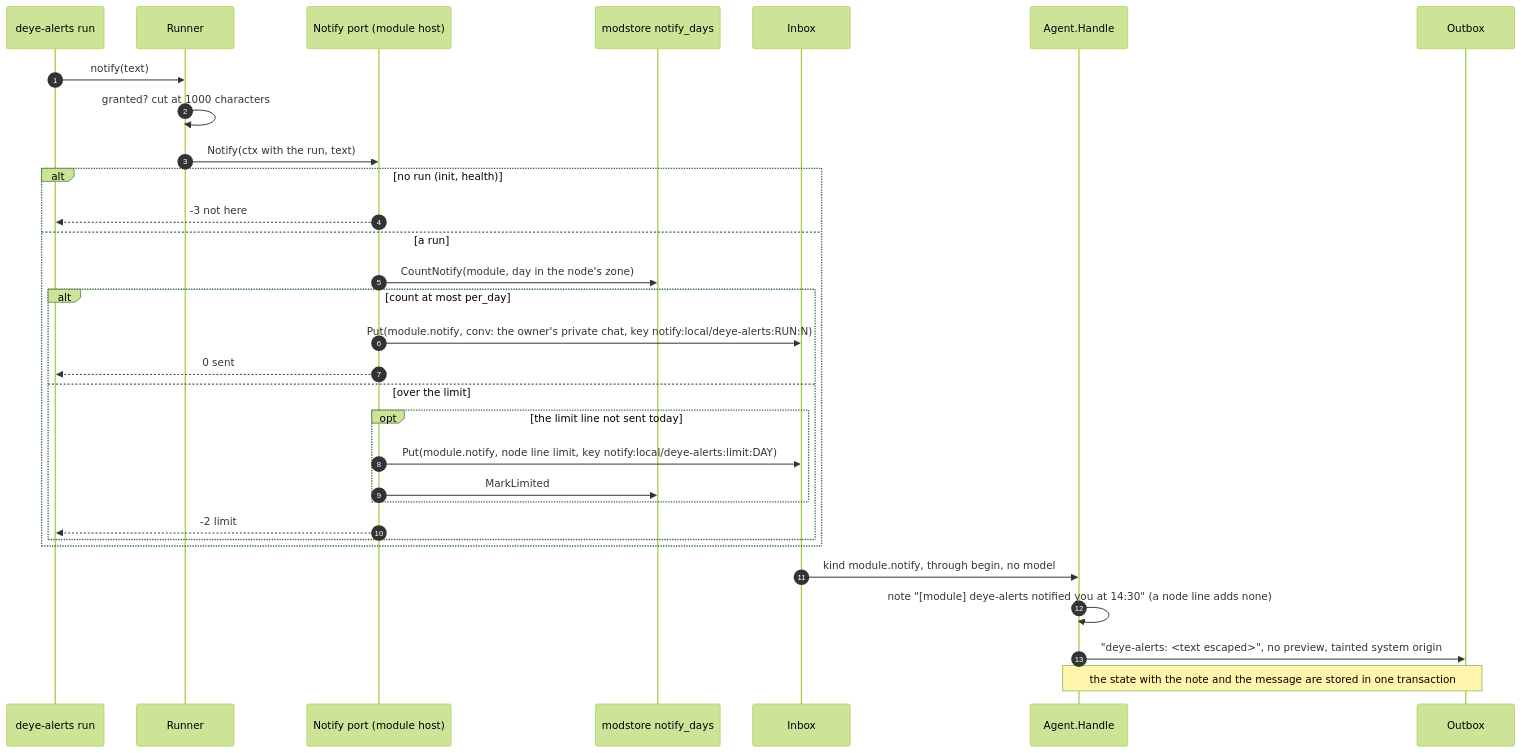
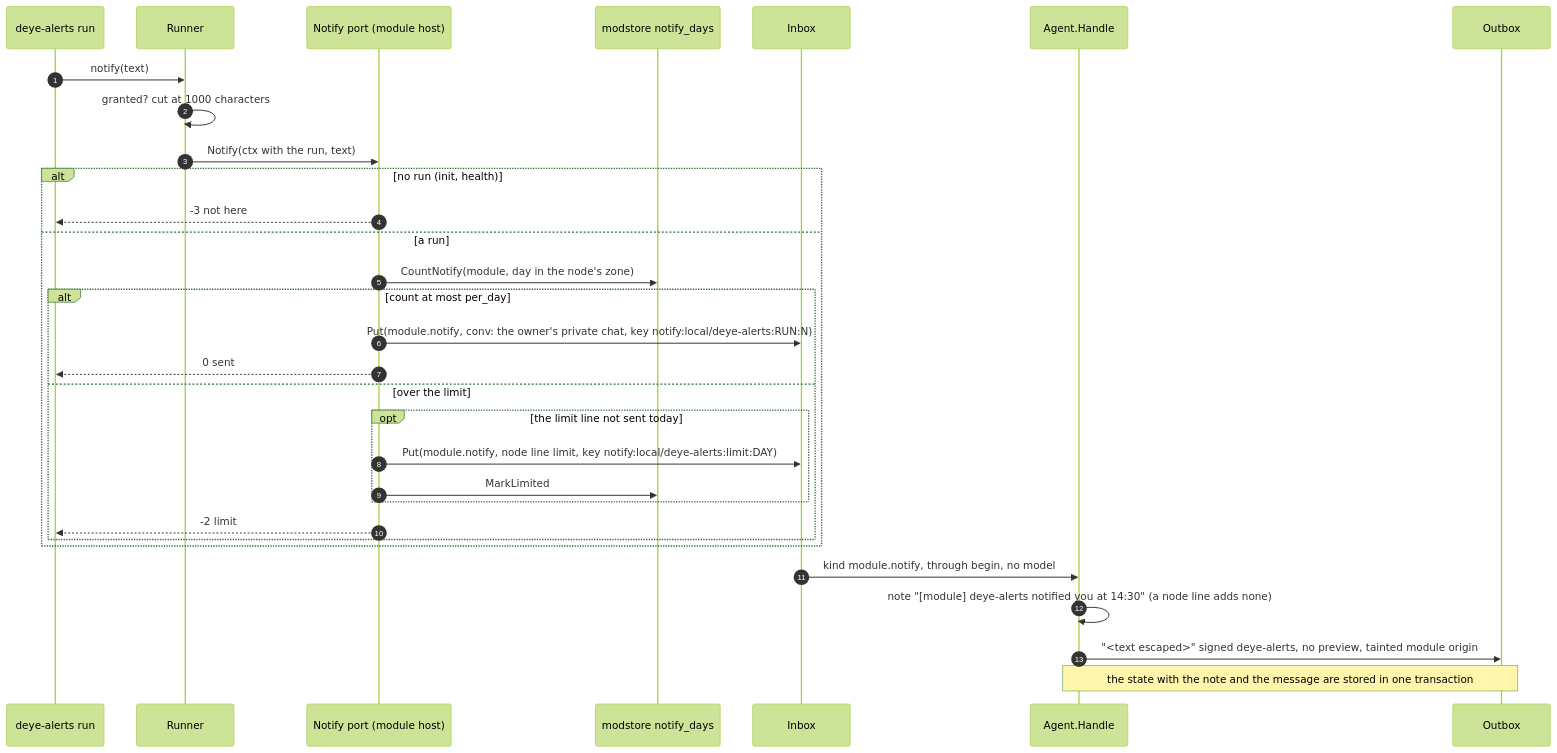
Before and after one commit to igorrius/ganglion: the eighth of 14 diagrams in docs/architecture/04-runtime.md, drawn with Mermaid (forest theme). The commit also changed 17 other files, not shown here.

````diff
--- a/docs/architecture/04-runtime.md
+++ b/docs/architecture/04-runtime.md
@@ -350,34 +350,34 @@
 ```mermaid
 sequenceDiagram
     autonumber
     participant M as deye-alerts run
     participant R as Runner
     participant H as Notify port (module host)
     participant St as modstore notify_days
     participant Q as Inbox
     participant A as Agent.Handle
     participant O as Outbox
 
     M->>R: notify(text)
     R->>R: granted? cut at 1000 characters
     R->>H: Notify(ctx with the run, text)
     alt no run (init, health)
         H-->>M: -3 not here
     else a run
         H->>St: CountNotify(module, day in the node's zone)
         alt count at most per_day
             H->>Q: Put(module.notify, conv: the owner's private chat, key notify:local/deye-alerts:RUN:N)
             H-->>M: 0 sent
         else over the limit
             opt the limit line not sent today
                 H->>Q: Put(module.notify, node line limit, key notify:local/deye-alerts:limit:DAY)
                 H->>St: MarkLimited
             end
             H-->>M: -2 limit
         end
     end
     Q->>A: kind module.notify, through begin, no model
     A->>A: note "[module] deye-alerts notified you at 14:30" (a node line adds none)
-    A->>O: "deye-alerts: <text escaped>", no preview, tainted system origin
+    A->>O: "<text escaped>" signed deye-alerts, no preview, tainted module origin
     Note over A,O: the state with the note and the message are stored in one transaction
 ```
````
